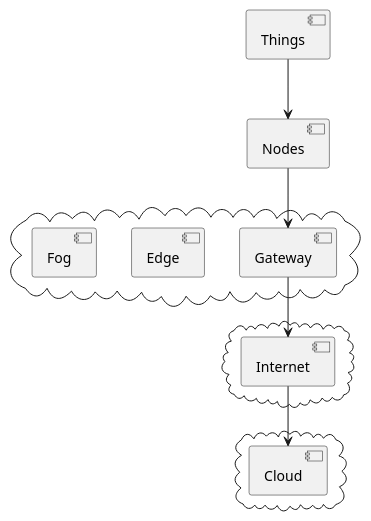
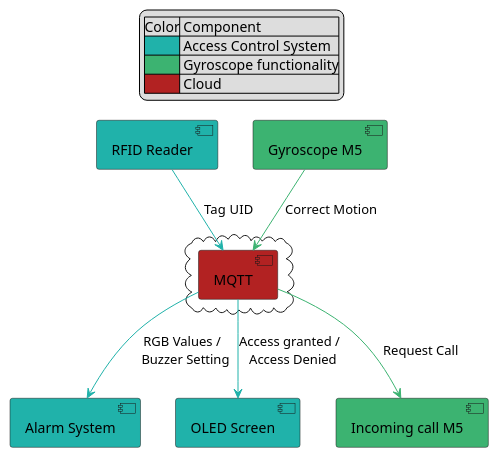
Before and after one commit to Finn-Land/IoTCourseMP: the diagram in Finn/IoTDiagram.wsd, drawn with PlantUML. The commit also changed 3 other files, not shown here.

```diff
--- a/Finn/IoTDiagram.wsd
+++ b/Finn/IoTDiagram.wsd
@@ -1,25 +1,25 @@
 @startuml
 
+legend Top
+    |Color| Component |
+    |<#LightSeaGreen>| Access Control System|
+    |<#MediumSeaGreen>| Gyroscope functionality|
+    |<#FireBrick>| Cloud|
+endlegend
 
-[Nodes]
-[Things]
-
+[RFID Reader] #LightSeaGreen
+[Alarm System] #LightSeaGreen
+[OLED Screen] #LightSeaGreen
+[Gyroscope M5] #MediumSeaGreen
+[Incoming call M5] #MediumSeaGreen
 cloud {
-    [Gateway]
-    [Edge]
-    [Fog]
+    [MQTT] #FireBrick
 }
 
-cloud {
-    [Internet]    
-}
+[RFID Reader] -[#LightSeaGreen]-> [MQTT] : Tag UID
+[MQTT] -[#LightSeaGreen]-> [OLED Screen] : Access granted / \n Access Denied
+[MQTT] -[#LightSeaGreen]-> [Alarm System] : RGB Values / \n Buzzer Setting
+[Gyroscope M5] -[#MediumSeaGreen]-> [MQTT] : Correct Motion
+[MQTT] -[#MediumSeaGreen]-> [Incoming call M5] : Request Call
 
-cloud {
-    [Cloud]    
-}
-
-[Things] --> [Nodes] 
-[Nodes] --> [Gateway]
-[Gateway] --> [Internet]
-[Internet] --> [Cloud]
 @enduml
```
